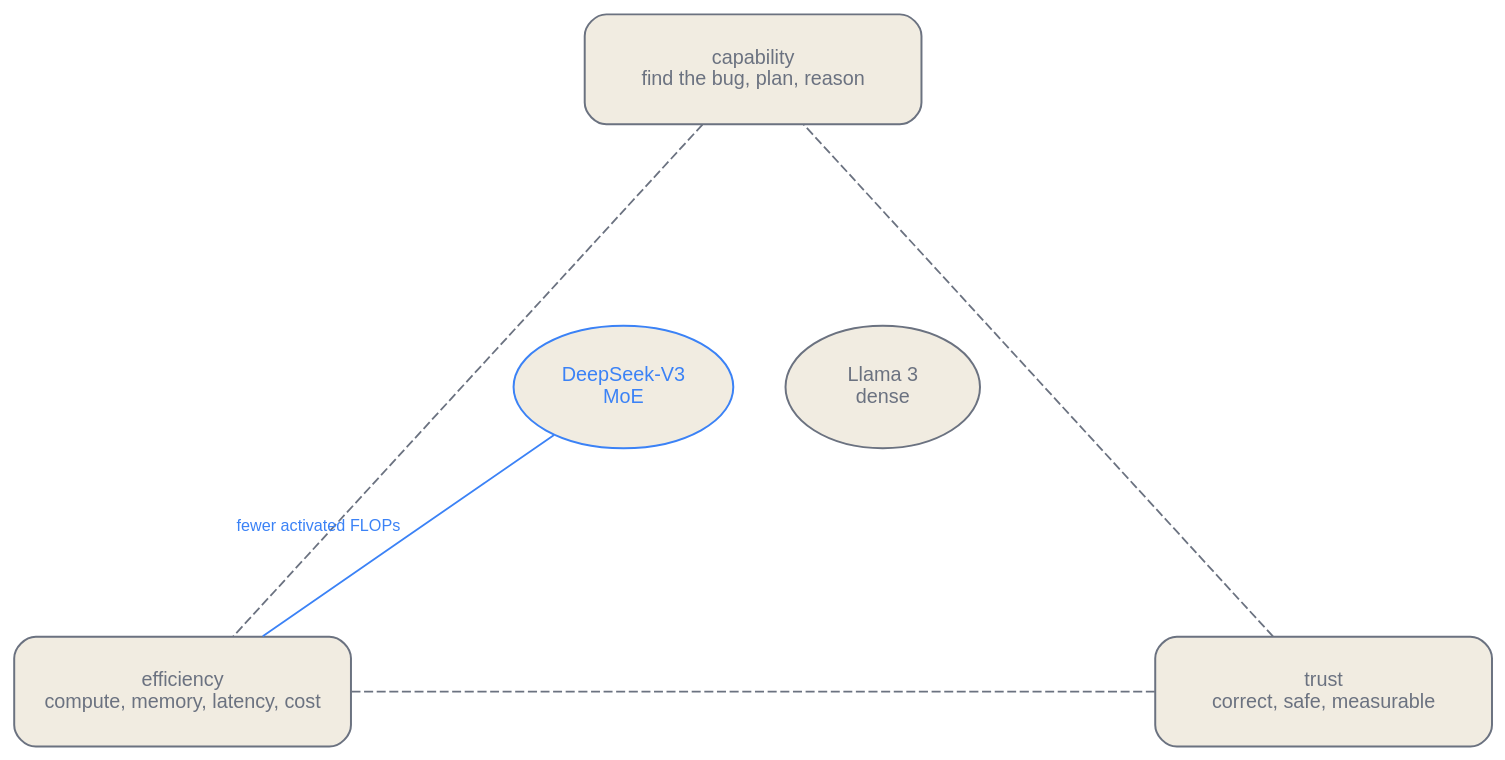
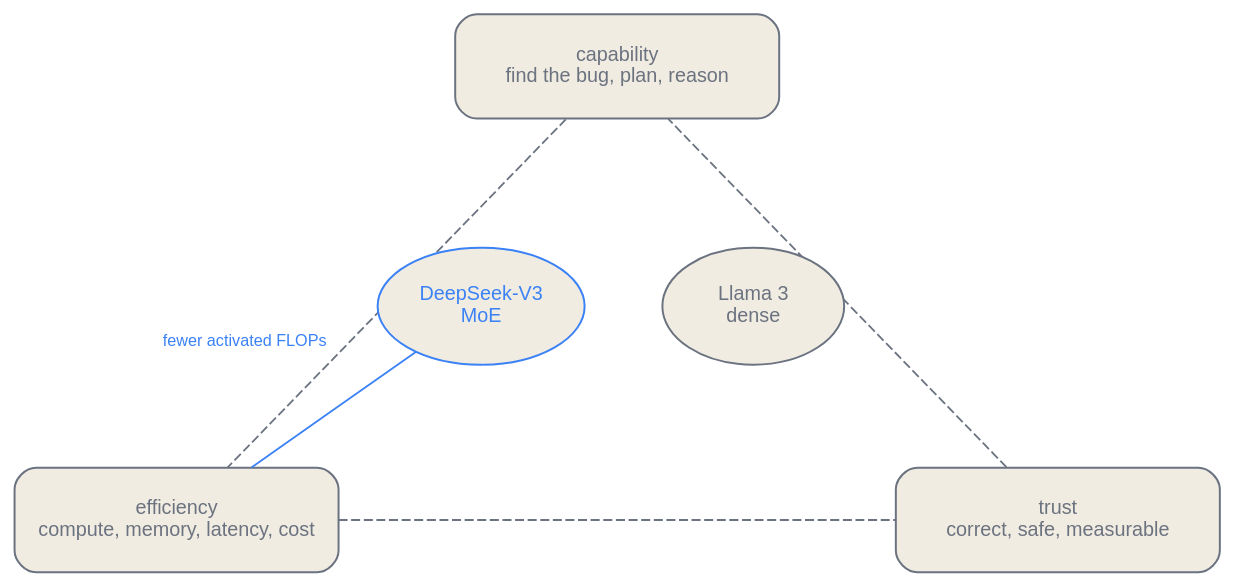
One commit to latere-ai/ai-as-an-infrastructure changed the third of 3 diagrams in en/orientation/01-whole-stack.qmd. Above: the diagram before and after it, drawn with Graphviz. The commit also changed 1 other file, not shown here.

Commit message:
orientation: compact the lens triangle and offset its edge label off the line

````diff
--- a/en/orientation/01-whole-stack.qmd
+++ b/en/orientation/01-whole-stack.qmd
@@ -278,19 +278,19 @@
 ```{dot}
 //| label: fig-whole-stack-lens
 //| fig-cap: "The capability, efficiency, trust lens as a trade-off space, with the two running models placed on it. A dense model and a sparse model can reach the same capability. The sparse one does it for fewer activated FLOPs, leaning toward efficiency. Neither earns trust until something measures its output."
 graph lens {
   layout=neato;
   bgcolor="transparent";
-  node [shape=box, style="rounded,filled", fontname="Helvetica", fontsize=11, fixedsize=true, width=2.6, height=0.85, color="#6b7280", fontcolor="#6b7280", fillcolor="#f1ece1", penwidth=1.1];
+  node [shape=box, style="rounded,filled", fontname="Helvetica", fontsize=11, fixedsize=true, width=2.5, height=0.8, color="#6b7280", fontcolor="#6b7280", fillcolor="#f1ece1", penwidth=1.1];
   edge [fontname="Helvetica", color="#6b7280", fontcolor="#6b7280"];
-  cap [label="capability\nfind the bug, plan, reason", pos="0,3!"];
-  eff [label="efficiency\ncompute, memory, latency, cost", pos="-4.4,-1.8!"];
-  tru [label="trust\ncorrect, safe, measurable", pos="4.4,-1.8!"];
+  cap [label="capability\nfind the bug, plan, reason", pos="0,2.2!"];
+  eff [label="efficiency\ncompute, memory, latency, cost", pos="-3.4,-1.3!"];
+  tru [label="trust\ncorrect, safe, measurable", pos="3.4,-1.3!"];
   cap -- eff [style=dashed];
   eff -- tru [style=dashed];
   tru -- cap [style=dashed];
-  llama [label="Llama 3\ndense", pos="1.0,0.55!", shape=ellipse, width=1.5, height=0.95];
-  ds [label="DeepSeek-V3\nMoE", pos="-1.0,0.55!", shape=ellipse, width=1.7, height=0.95, color="#3b82f6", fontcolor="#3b82f6"];
-  ds -- eff [label="fewer activated FLOPs", fontsize=9, color="#3b82f6", fontcolor="#3b82f6"];
+  llama [label="Llama 3\ndense", pos="1.05,0.35!", shape=ellipse, width=1.4, height=0.9];
+  ds [label="DeepSeek-V3\nMoE", pos="-1.05,0.35!", shape=ellipse, width=1.6, height=0.9, color="#3b82f6", fontcolor="#3b82f6"];
+  ds -- eff [headlabel="fewer activated FLOPs", labelfontsize=9, labelangle=58, labeldistance=7, color="#3b82f6", labelfontcolor="#3b82f6"];
 }
 ```
````
